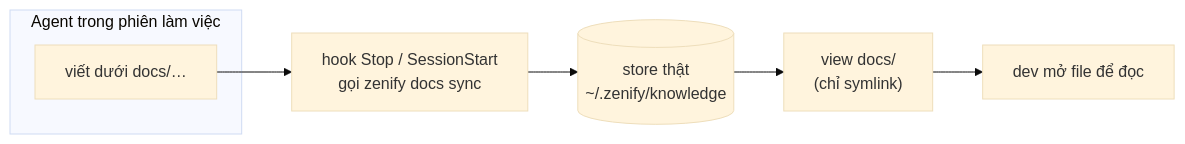
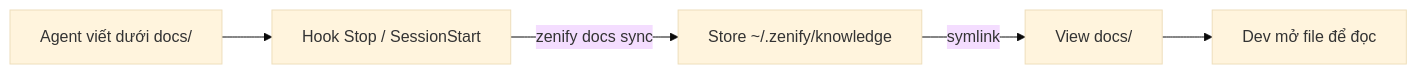
The diagram in website/concepts/knowledge-store.md (ZenifyAIContactCenter/zenify-kit), drawn with Mermaid (base theme) before and after one commit. The commit also changed other lines of this file and 16 other files, not shown here.

````diff
--- a/website/concepts/knowledge-store.md
+++ b/website/concepts/knowledge-store.md
@@ -13,10 +15,9 @@
 ```mermaid
 flowchart LR
-  subgraph agent[Agent trong phiên làm việc]
-    W["viết dưới docs/…"]
-  end
-  W --> H["hook Stop / SessionStart\ngọi zenify docs sync"]
-  H --> S[("store thật\n~/.zenify/knowledge")]
-  S --> V["view docs/\n(chỉ symlink)"]
-  V --> D["dev mở file để đọc"]
+  W["Agent viết dưới docs/"] --> H["Hook Stop / SessionStart"]
+  H -->|zenify docs sync| S["Store ~/.zenify/knowledge"]
+  S -->|symlink| V["View docs/"]
+  V --> D["Dev mở file để đọc"]
+  class H,S action
+  class D user
 ```
````
